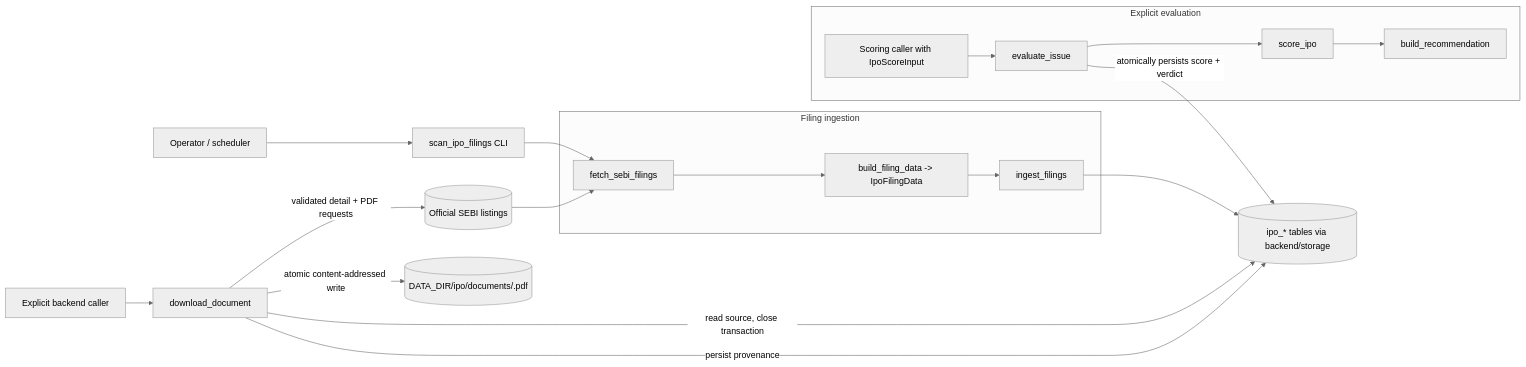
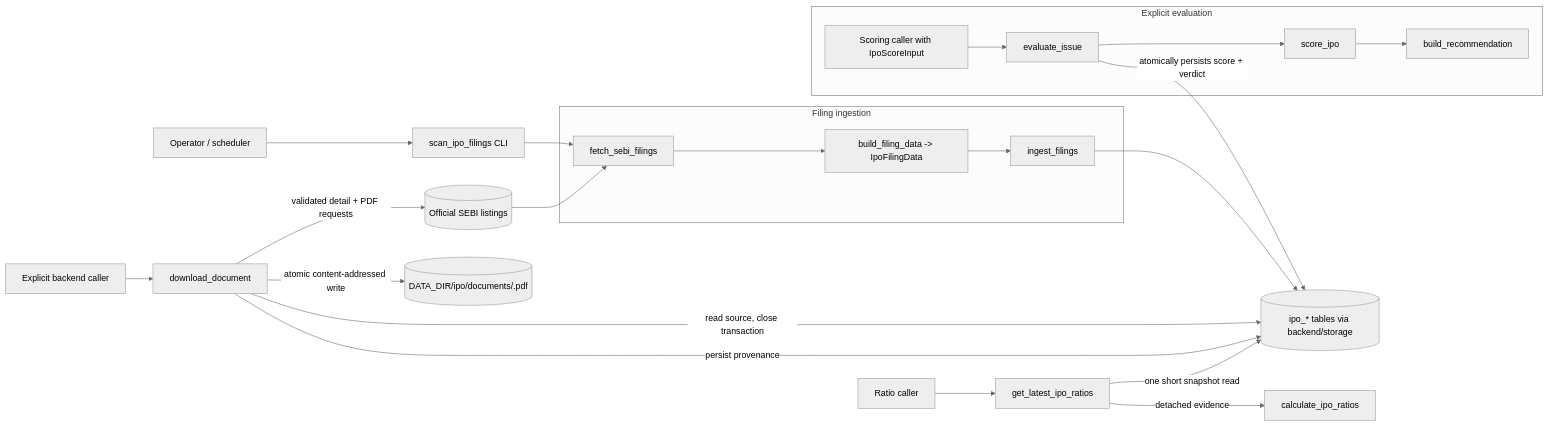
Before and after one commit to DoRmAmMu1997/Streamlit-Scanner-App: the diagram in docs/architecture/components/ipo-screener.md, drawn with Mermaid (neutral theme). The commit also changed other lines of this file and 11 other files, not shown here.

First line of the commit message:
docs(ipo): document ratio provenance contract

````diff
--- a/docs/architecture/components/ipo-screener.md
+++ b/docs/architecture/components/ipo-screener.md
@@ -41,30 +44,35 @@
 ```mermaid
 flowchart LR
     Operator["Operator / scheduler"] --> Job["scan_ipo_filings CLI"]
     SEBI[("Official SEBI listings")]
     subgraph Ingestion [Filing ingestion]
       Fetch["fetch_sebi_filings"]
       Build["build_filing_data -> IpoFilingData"]
       Ingest["ingest_filings"]
     end
     subgraph Evaluation [Explicit evaluation]
       Caller["Scoring caller with IpoScoreInput"]
       Eval["evaluate_issue"]
       Score["score_ipo"]
       Verdict["build_recommendation"]
     end
     Storage[("ipo_* tables via backend/storage")]
     DownloadCaller["Explicit backend caller"]
     Download["download_document"]
     Cache[("DATA_DIR/ipo/documents/<sha256>.pdf")]
+    RatioCaller["Ratio caller"]
+    Ratios["get_latest_ipo_ratios"]
+    Engine["calculate_ipo_ratios"]
 
     Job --> Fetch
     SEBI --> Fetch --> Build --> Ingest --> Storage
     DownloadCaller --> Download
     Download -->|read source, close transaction| Storage
     Download -->|validated detail + PDF requests| SEBI
     Download -->|atomic content-addressed write| Cache
     Download -->|persist provenance| Storage
     Caller --> Eval --> Score --> Verdict
     Eval -->|atomically persists score + verdict| Storage
+    RatioCaller --> Ratios -->|one short snapshot read| Storage
+    Ratios -->|detached evidence| Engine
 ```
````
